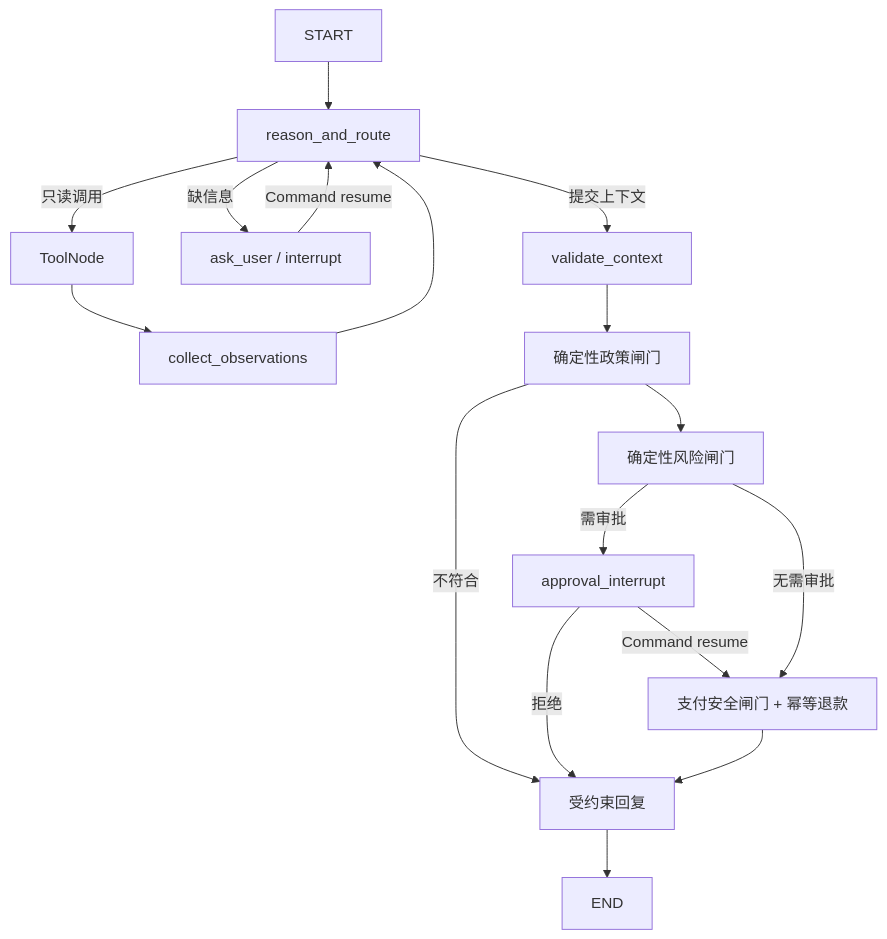
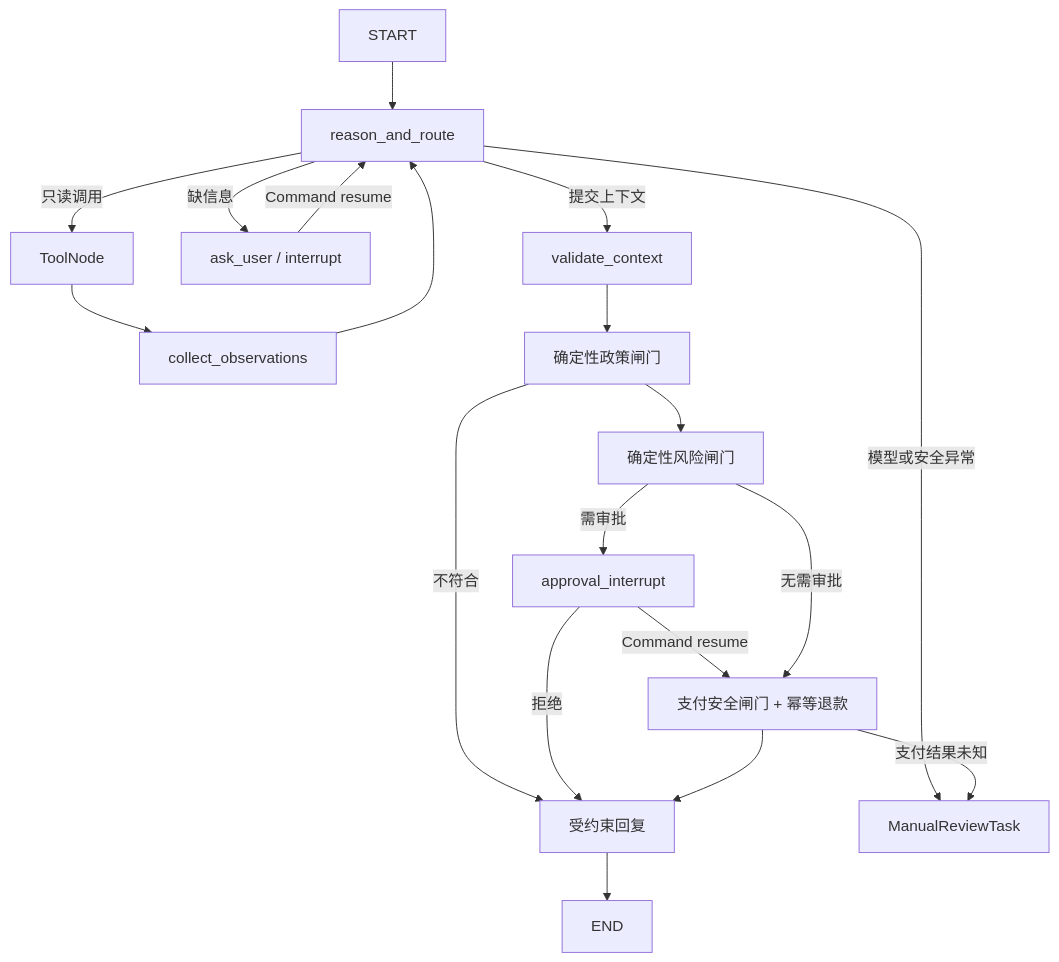
The diagram in docs/agent-runtime.md (alanwhy/refund-agent), drawn with Mermaid before and after one commit. The commit also changed other lines of this file and 2 other files, not shown here.

````diff
--- a/docs/agent-runtime.md
+++ b/docs/agent-runtime.md
@@ -18,19 +18,21 @@
 ```mermaid
 flowchart TD
     START --> AGENT["reason_and_route"]
     AGENT -->|只读调用| TOOLS["ToolNode"]
     TOOLS --> OBS["collect_observations"]
     OBS --> AGENT
     AGENT -->|缺信息| ASK["ask_user / interrupt"]
     ASK -->|Command resume| AGENT
     AGENT -->|提交上下文| VALIDATE["validate_context"]
     VALIDATE --> POLICY["确定性政策闸门"]
     POLICY --> RISK["确定性风险闸门"]
     RISK -->|需审批| APPROVAL["approval_interrupt"]
     APPROVAL -->|Command resume| EXECUTE["支付安全闸门 + 幂等退款"]
     RISK -->|无需审批| EXECUTE
     POLICY -->|不符合| RESPOND["受约束回复"]
     APPROVAL -->|拒绝| RESPOND
     EXECUTE --> RESPOND
     RESPOND --> END
+    AGENT -->|模型或安全异常| MANUAL["ManualReviewTask"]
+    EXECUTE -->|支付结果未知| MANUAL
 ```
````
